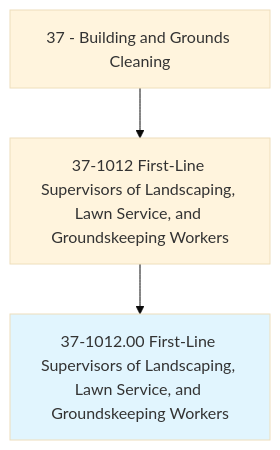
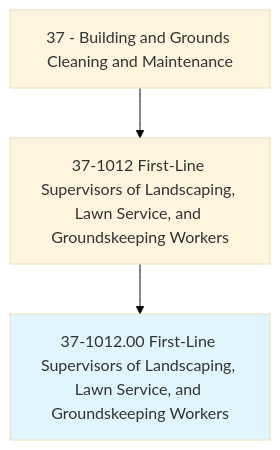
Before and after one commit to kziemski/business.org.ai: the first of 4 diagrams in occupations/Facilities/FirstLineSupervisorsOfLandscapingLawnServiceAndGroundskeepingWorkers.mdx, drawn with Mermaid (base theme). The commit also changed other lines of this file and 938 other files, not shown here.

````diff
--- a/occupations/Facilities/FirstLineSupervisorsOfLandscapingLawnServiceAndGroundskeepingWorkers.mdx
+++ b/occupations/Facilities/FirstLineSupervisorsOfLandscapingLawnServiceAndGroundskeepingWorkers.mdx
@@ -19,6 +23,6 @@
 ```mermaid
 graph TD
-    Cat37["37 - Building and Grounds Cleaning"] --> Group371012["37-1012 First-Line Supervisors of Landscaping, Lawn Service, and Groundskeeping Workers"]
+    Cat37["37 - Building and Grounds Cleaning and Maintenance"] --> Group371012["37-1012 First-Line Supervisors of Landscaping, Lawn Service, and Groundskeeping Workers"]
     Group371012 --> Current["37-1012.00 First-Line Supervisors of Landscaping, Lawn Service, and Groundskeeping Workers"]
     style Current fill:#e1f5fe
 ```
````
